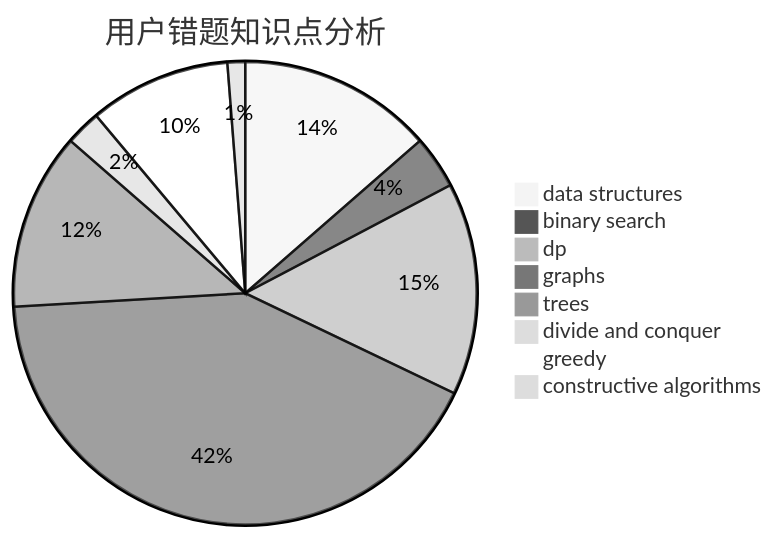
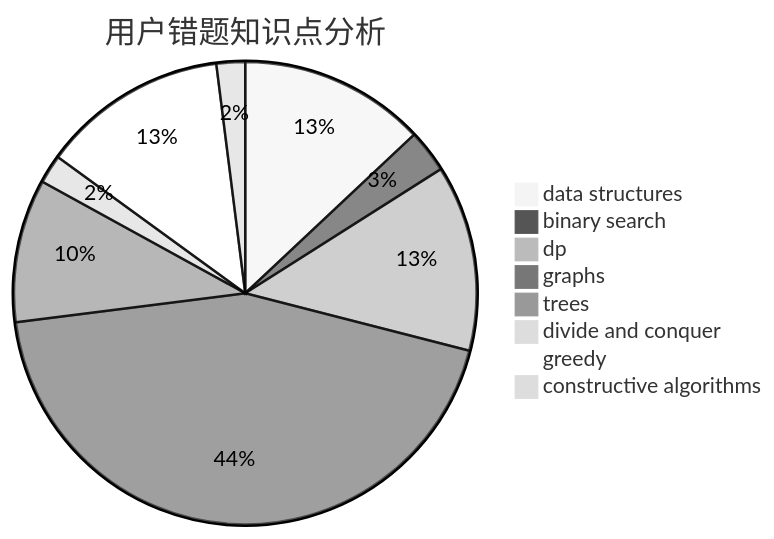
One commit to sherpahu/cfrs.github.io changed the third of 3 diagrams in docs/user/u2753.md. Above: the diagram before and after it, drawn with Mermaid (neutral theme). The commit also changed other lines of this file and 2770 other files, not shown here.

````diff
--- a/docs/user/u2753.md
+++ b/docs/user/u2753.md
@@ -36,11 +36,11 @@
 ```mermaid
 pie title 用户错题知识点分析
-    "data structures" :  11
+    "data structures" :  13
     "binary search" :  3
-    "dp" :  12
-    "graphs" :  34
+    "dp" :  13
+    "graphs" :  44
     "trees" :  10
     "divide and conquer" :  2
-    "greedy" :  8
-    "constructive algorithms" :  1
+    "greedy" :  13
+    "constructive algorithms" :  2
 ```
````
